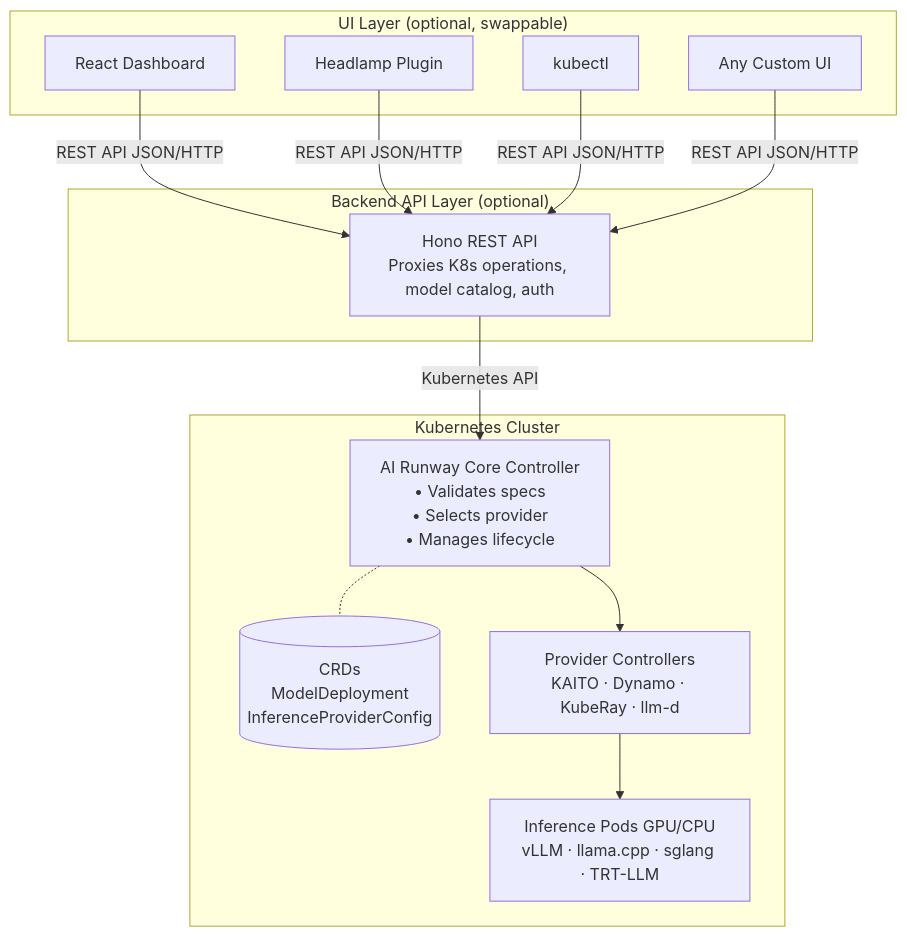
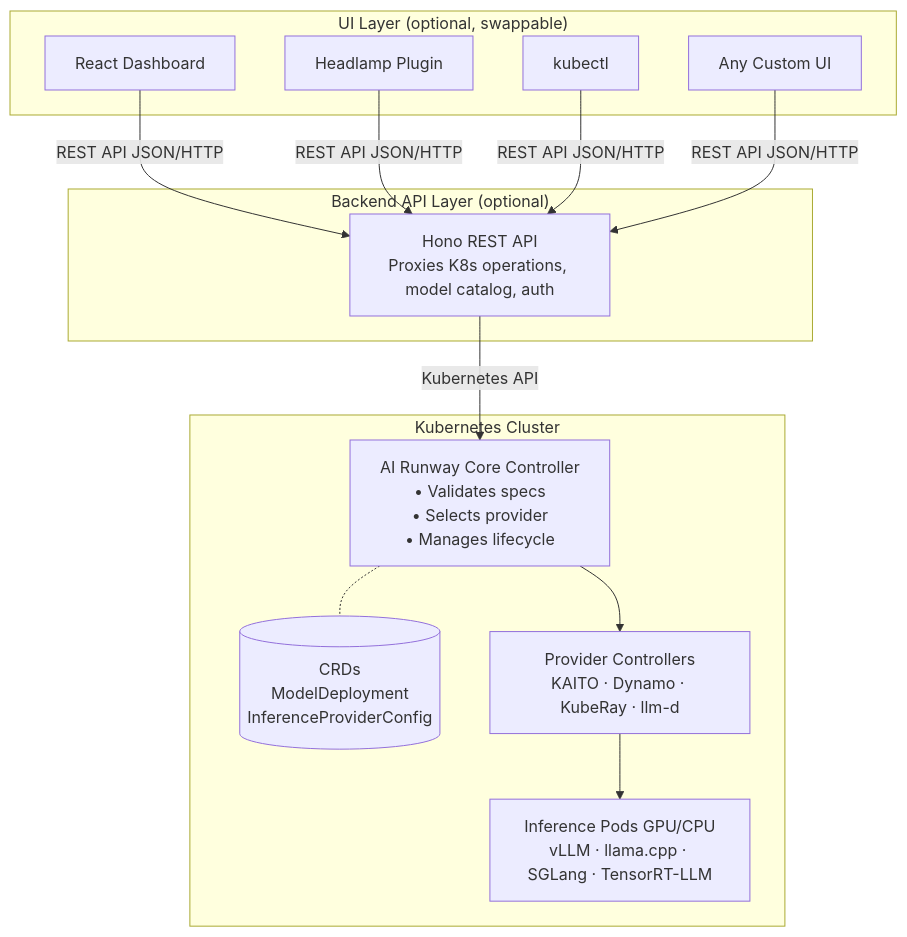
Before and after one commit to microsoft/Build26-LAB510-take-llms-from-prototype-to-production-on-aks: the first of 4 diagrams in docs/README.md, drawn with Mermaid. The commit also changed other lines of this file and 19 other files, not shown here.

````diff
--- a/docs/README.md
+++ b/docs/README.md
@@ -100,26 +100,26 @@
 ```mermaid
 graph TD
     subgraph UI["UI Layer (optional, swappable)"]
         ReactUI[React Dashboard]
         Headlamp[Headlamp Plugin]
         Kubectl[kubectl]
         CustomUI[Any Custom UI]
     end
 
     subgraph Backend["Backend API Layer (optional)"]
         Hono[Hono REST API<br/>Proxies K8s operations, model catalog, auth]
     end
 
     subgraph Cluster["Kubernetes Cluster"]
         Core[AI Runway Core Controller<br/>• Validates specs<br/>• Selects provider<br/>• Manages lifecycle]
         CRDs[(CRDs<br/>ModelDeployment<br/>InferenceProviderConfig)]
         Providers[Provider Controllers<br/>KAITO · Dynamo · KubeRay · llm-d]
-        Pods[Inference Pods GPU/CPU<br/>vLLM · llama.cpp · sglang · TRT-LLM]
+        Pods[Inference Pods GPU/CPU<br/>vLLM · llama.cpp · SGLang · TensorRT-LLM]
     end
 
     ReactUI & Headlamp & Kubectl & CustomUI -->|REST API JSON/HTTP| Hono
     Hono -->|Kubernetes API| Core
     Core --> Providers
     Providers --> Pods
     Core -.- CRDs
 ```
````
